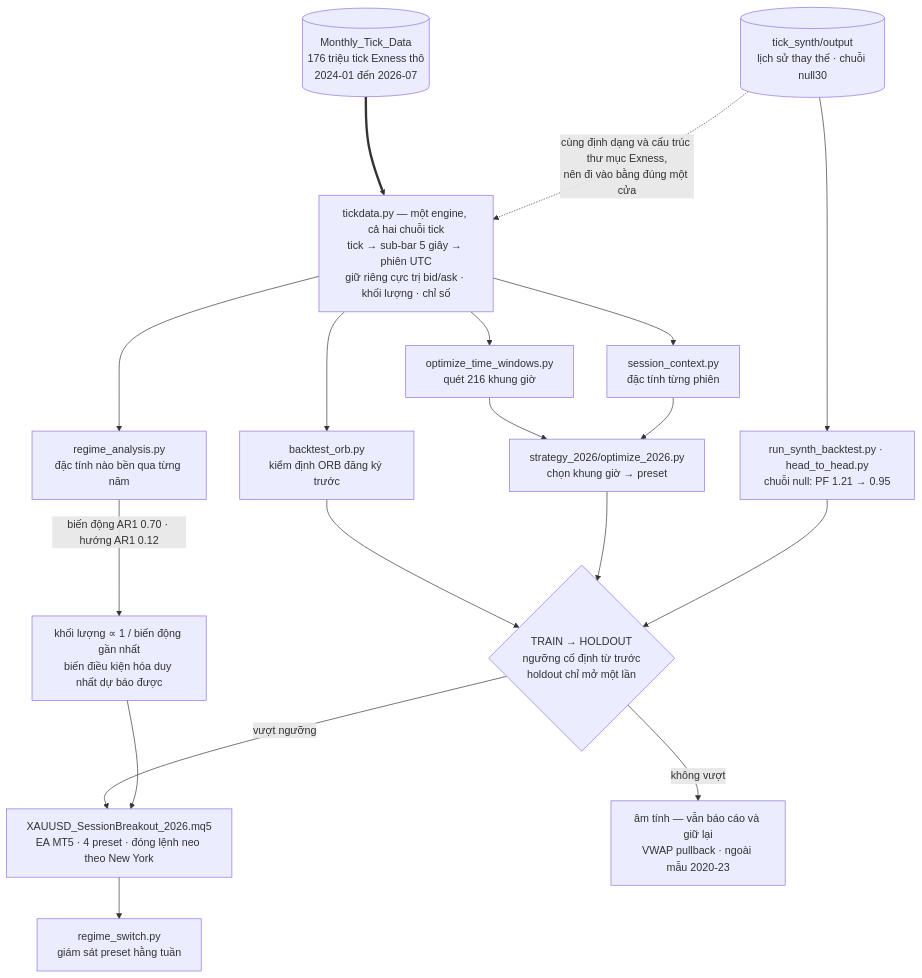
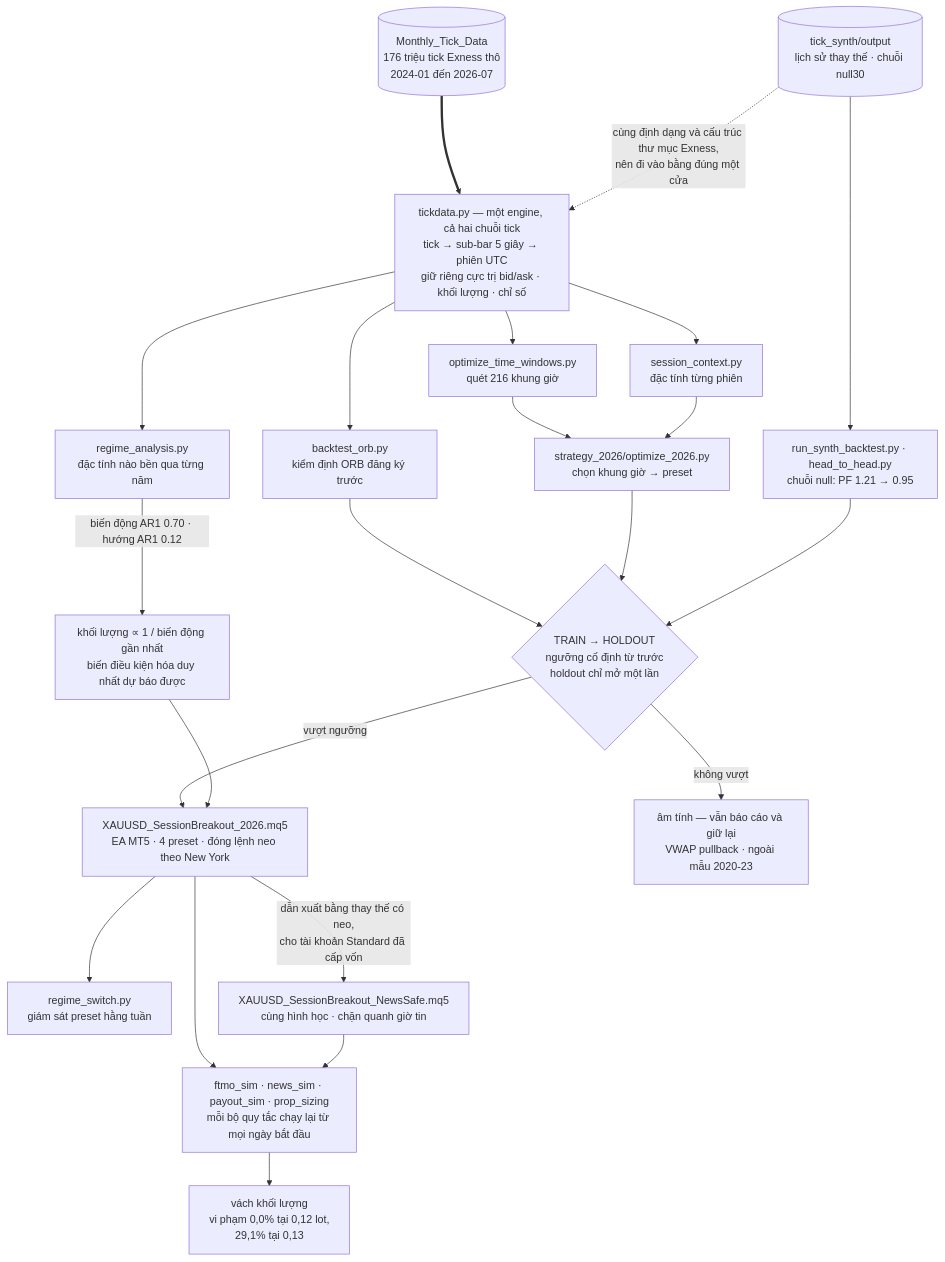
The first of 2 diagrams in README.vi.md (datxbt/xauusd-research), drawn with Mermaid before and after one commit. The commit also changed other lines of this file and 2 other files, not shown here.

First line of the commit message:
README: document the news restriction and the sizing cliff

````diff
--- a/README.vi.md
+++ b/README.vi.md
@@ -36,43 +42,51 @@
 ```mermaid
 flowchart TB
     RAW[("Monthly_Tick_Data<br/>176 triệu tick Exness thô<br/>2024-01 đến 2026-07")]
     SYN[("tick_synth/output<br/>lịch sử thay thế · chuỗi null30")]
 
     ENG["tickdata.py — một engine, cả hai chuỗi tick<br/>tick → sub-bar 5 giây → phiên UTC<br/>giữ riêng cực trị bid/ask · khối lượng · chỉ số"]
 
     RAW ==> ENG
     SYN -.->|"cùng định dạng và cấu trúc thư mục Exness,<br/>nên đi vào bằng đúng một cửa"| ENG
 
     ORB["backtest_orb.py<br/>kiểm định ORB đăng ký trước"]
     SWEEP["optimize_time_windows.py<br/>quét 216 khung giờ"]
     REG["regime_analysis.py<br/>đặc tính nào bền qua từng năm"]
     CTX["session_context.py<br/>đặc tính từng phiên"]
 
     ENG --> ORB
     ENG --> SWEEP
     ENG --> REG
     ENG --> CTX
 
     SIZE["khối lượng ∝ 1 / biến động gần nhất<br/>biến điều kiện hóa duy nhất dự báo được"]
     REG -->|"biến động AR1 0.70 · hướng AR1 0.12"| SIZE
 
     SEL["strategy_2026/optimize_2026.py<br/>chọn khung giờ → preset"]
     SWEEP --> SEL
     CTX --> SEL
 
     NULLT["run_synth_backtest.py · head_to_head.py<br/>chuỗi null: PF 1.21 → 0.95"]
     SYN --> NULLT
 
     GATE{"TRAIN → HOLDOUT<br/>ngưỡng cố định từ trước<br/>holdout chỉ mở một lần"}
     ORB --> GATE
     SEL --> GATE
     NULLT --> GATE
 
     EA["XAUUSD_SessionBreakout_2026.mq5<br/>EA MT5 · 4 preset · đóng lệnh neo theo New York"]
     NEG["âm tính — vẫn báo cáo và giữ lại<br/>VWAP pullback · ngoài mẫu 2020-23"]
 
     GATE -->|"vượt ngưỡng"| EA
     GATE -->|"không vượt"| NEG
     SIZE --> EA
     EA --> SW["regime_switch.py<br/>giám sát preset hằng tuần"]
+
+    NEWS["XAUUSD_SessionBreakout_NewsSafe.mq5<br/>cùng hình học · chặn quanh giờ tin"]
+    EA -->|"dẫn xuất bằng thay thế có neo,<br/>cho tài khoản Standard đã cấp vốn"| NEWS
+
+    PROP["ftmo_sim · news_sim · payout_sim · prop_sizing<br/>mỗi bộ quy tắc chạy lại từ mọi ngày bắt đầu"]
+    EA --> PROP
+    NEWS --> PROP
+    PROP --> CLIFF["vách khối lượng<br/>vi phạm 0,0% tại 0,12 lot,<br/>29,1% tại 0,13"]
 ```
````
